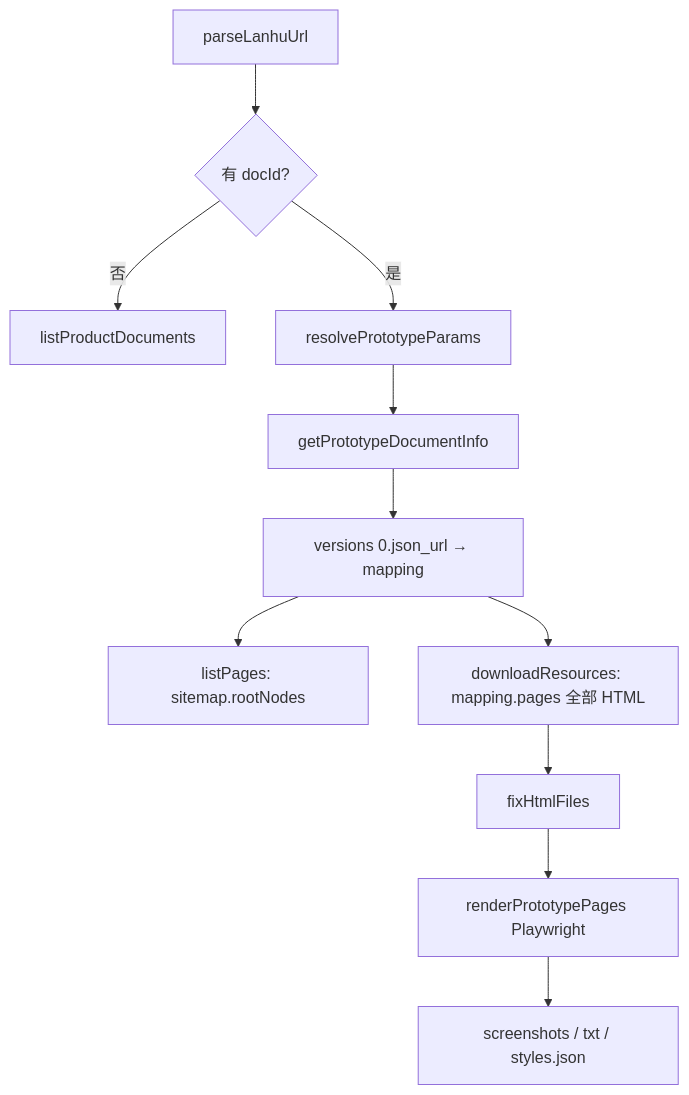
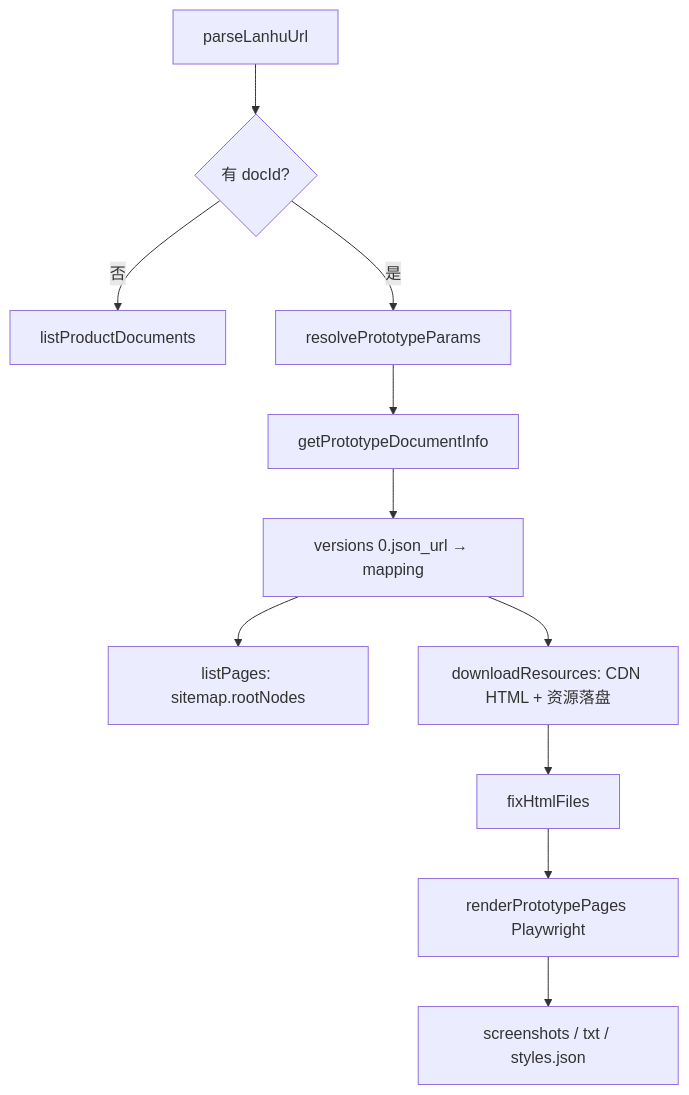
The first of 2 diagrams in docs/prototype-and-mcp.md (hongyingxin/my-lanhu-mcp), drawn with Mermaid before and after one commit. The commit also changed other lines of this file and 9 other files, not shown here.

First line of the commit message:
feat(prototype): 暴露 CDN 下载源并落盘 mapping 索引

````diff
--- a/docs/prototype-and-mcp.md
+++ b/docs/prototype-and-mcp.md
@@ -102,13 +102,13 @@
 ```mermaid
 flowchart TD
   A[parseLanhuUrl] --> B{有 docId?}
   B -->|否| C[listProductDocuments]
   B -->|是| D[resolvePrototypeParams]
   D --> E[getPrototypeDocumentInfo]
   E --> F[versions 0.json_url → mapping]
   F --> G[listPages: sitemap.rootNodes]
-  F --> H[downloadResources: mapping.pages 全部 HTML]
+  F --> H[downloadResources: CDN HTML + 资源落盘]
   H --> I[fixHtmlFiles]
   I --> J[renderPrototypePages Playwright]
   J --> K[screenshots / txt / styles.json]
 ```
````
